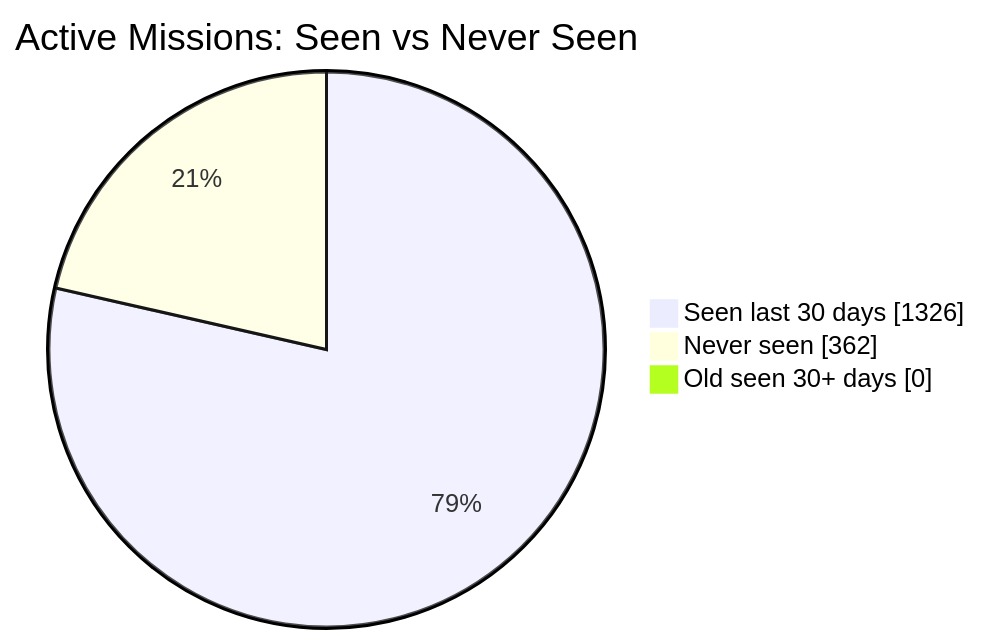
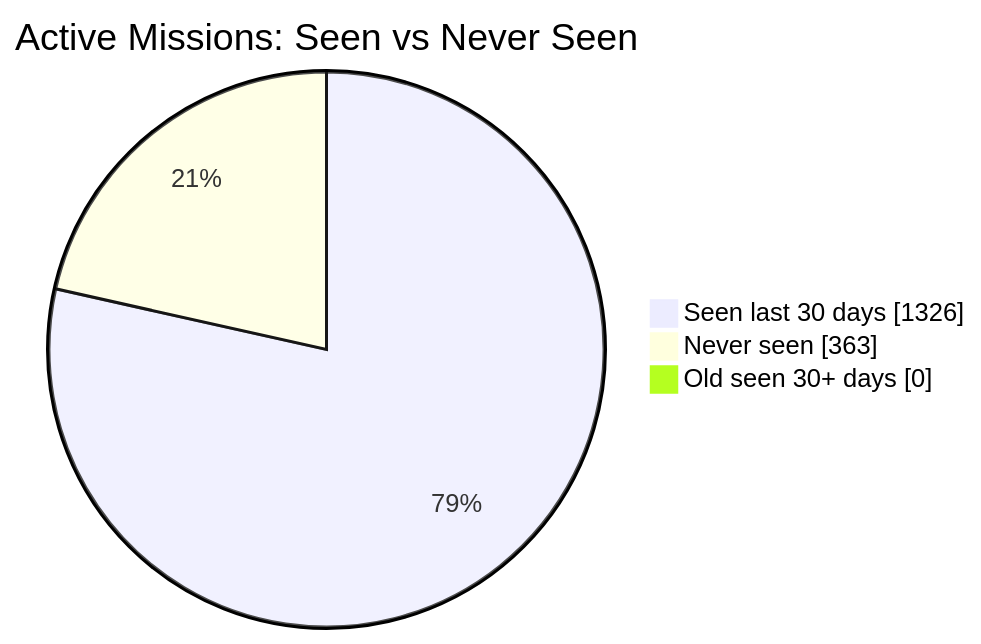
Before and after one commit to MeldkamerspelGameTeam/active-missions: the first of 2 diagrams in README.md, drawn with Mermaid. The commit also changed other lines of this file and 4 other files, not shown here.

````diff
--- a/README.md
+++ b/README.md
@@ -34,7 +34,7 @@
 ```mermaid
 pie showData
     title Active Missions: Seen vs Never Seen
     "Seen last 30 days" : 1326
-    "Never seen" : 362
+    "Never seen" : 363
     "Old seen 30+ days" : 0
 ```
````
